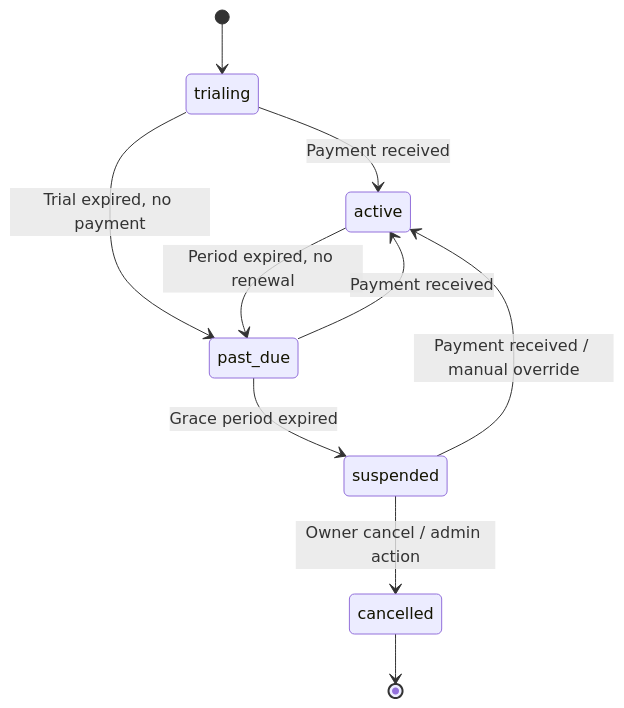
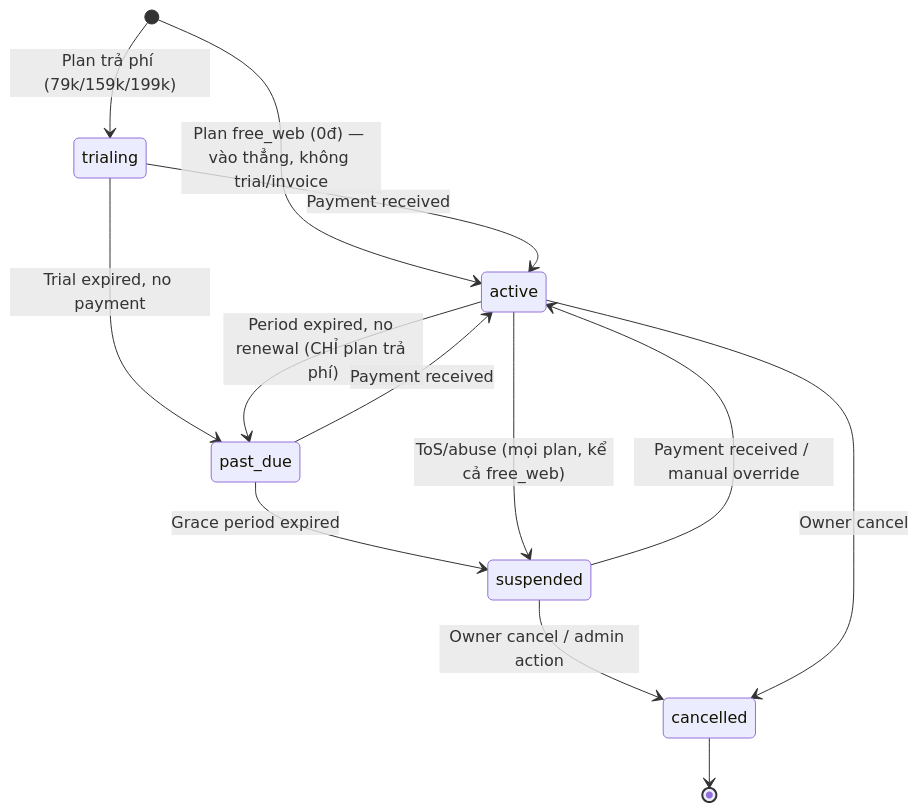
Before and after one commit to maingocanh1702/plexco-app: the diagram in docs/features/feature_billing_lifecycle.md, drawn with Mermaid. The commit also changed other lines of this file and 43 other files, not shown here.

````diff
--- a/docs/features/feature_billing_lifecycle.md
+++ b/docs/features/feature_billing_lifecycle.md
@@ -85,12 +102,15 @@
 ```mermaid
 stateDiagram-v2
-    [*] --> trialing
+    [*] --> active: Plan free_web (0đ) — vào thẳng, không trial/invoice
+    [*] --> trialing: Plan trả phí (79k/159k/199k)
     trialing --> active: Payment received
     trialing --> past_due: Trial expired, no payment
-    active --> past_due: Period expired, no renewal
+    active --> past_due: Period expired, no renewal (CHỈ plan trả phí)
     past_due --> suspended: Grace period expired
     past_due --> active: Payment received
     suspended --> active: Payment received / manual override
+    active --> suspended: ToS/abuse (mọi plan, kể cả free_web)
     suspended --> cancelled: Owner cancel / admin action
+    active --> cancelled: Owner cancel
     cancelled --> [*]
 ```
````
